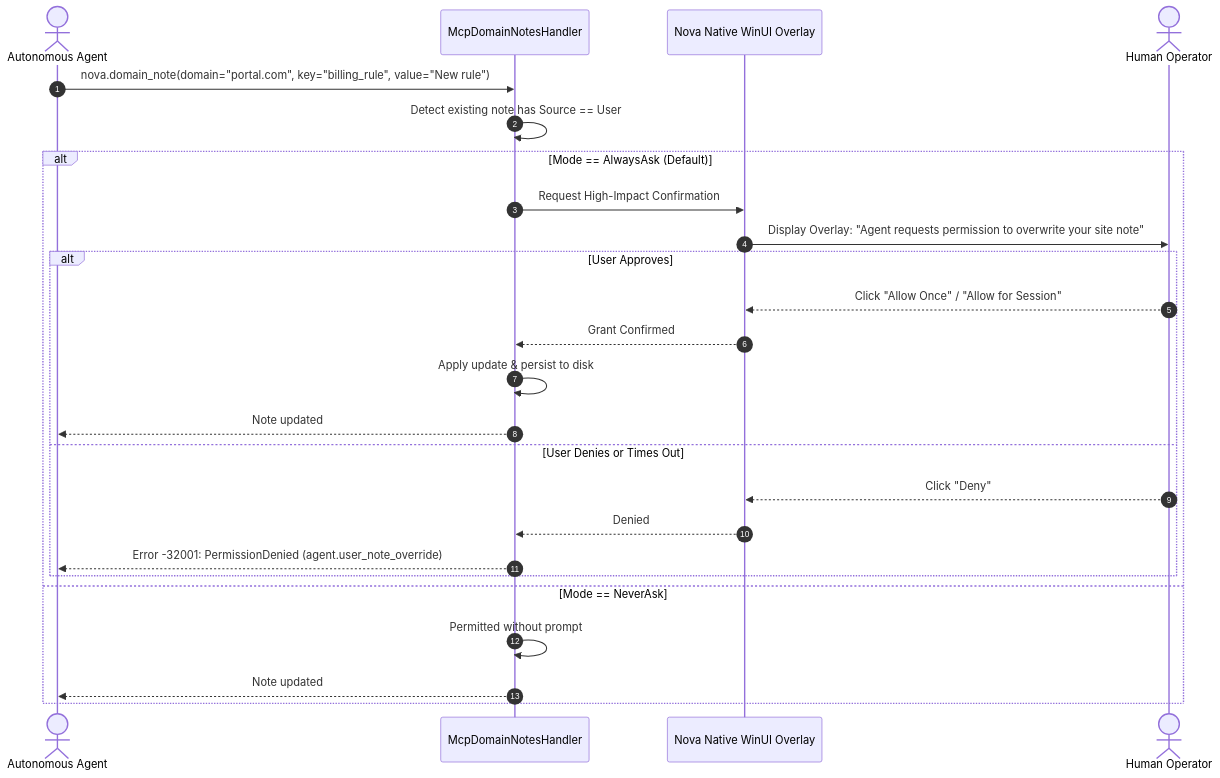
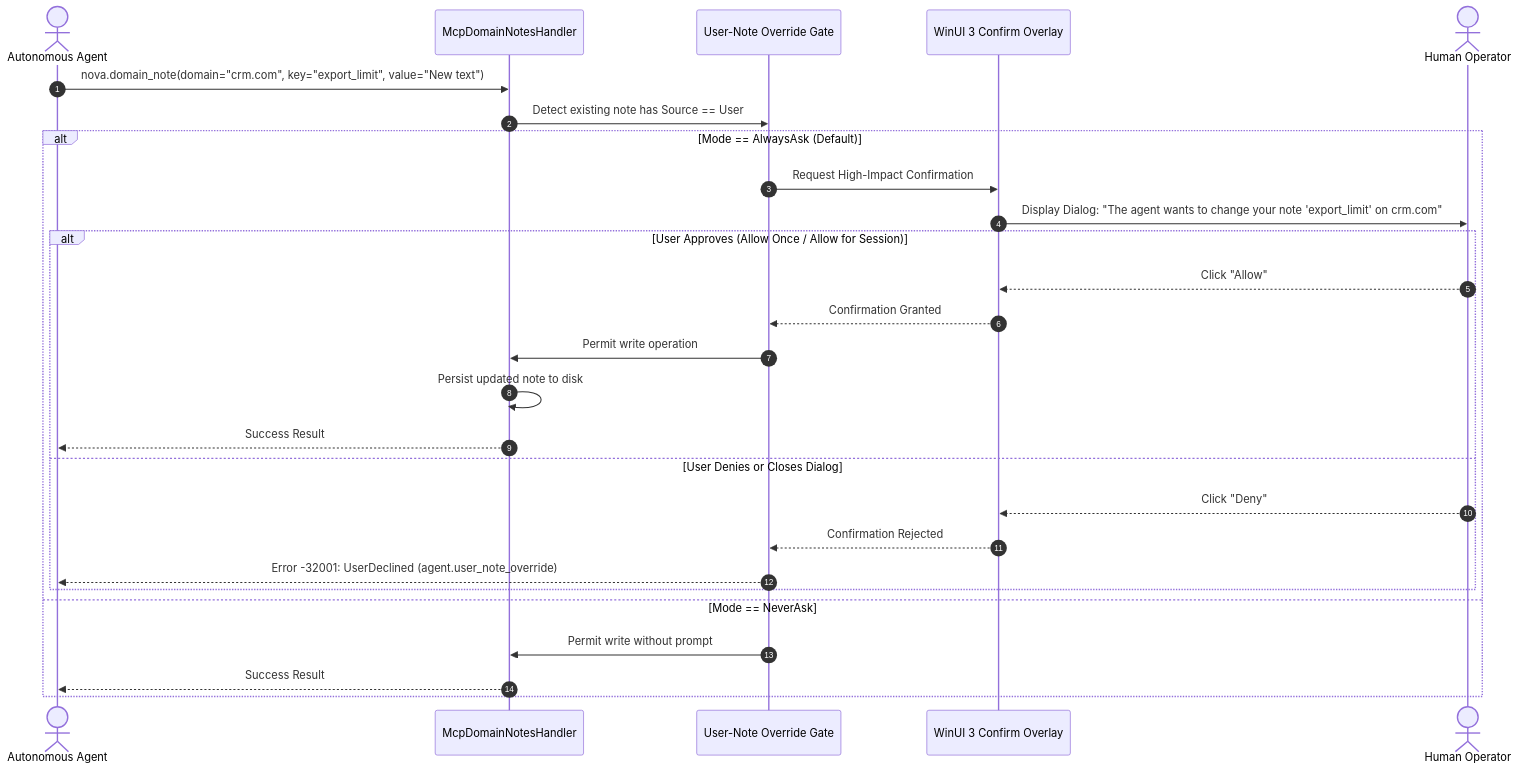
Before and after one commit to joelaniol/nova: the second of 5 diagrams in docs/core-features/learning/domain-notes/authorship-permissions-and-storage.md, drawn with Mermaid. The commit also changed other lines of this file and 3 other files, not shown here.

````diff
--- a/docs/core-features/learning/domain-notes/authorship-permissions-and-storage.md
+++ b/docs/core-features/learning/domain-notes/authorship-permissions-and-storage.md
@@ -35,29 +40,32 @@
 ```mermaid
 sequenceDiagram
     autonumber
     actor Agent as Autonomous Agent
     participant Handler as McpDomainNotesHandler
-    participant UI as Nova Native WinUI Overlay
+    participant Gate as User-Note Override Gate
+    participant Overlay as WinUI 3 Confirm Overlay
     actor User as Human Operator
 
-    Agent->>Handler: nova.domain_note(domain="portal.com", key="billing_rule", value="New rule")
-    Handler->>Handler: Detect existing note has Source == User
+    Agent->>Handler: nova.domain_note(domain="crm.com", key="export_limit", value="New text")
+    Handler->>Gate: Detect existing note has Source == User
     
     alt Mode == AlwaysAsk (Default)
-        Handler->>UI: Request High-Impact Confirmation
-        UI->>User: Display Overlay: "Agent requests permission to overwrite your site note"
-        alt User Approves
-            User-->>UI: Click "Allow Once" / "Allow for Session"
-            UI-->>Handler: Grant Confirmed
-            Handler->>Handler: Apply update & persist to disk
-            Handler-->>Agent: Note updated
-        else User Denies or Times Out
-            User-->>UI: Click "Deny"
-            UI-->>Handler: Denied
-            Handler-->>Agent: Error -32001: PermissionDenied (agent.user_note_override)
+        Gate->>Overlay: Request High-Impact Confirmation
+        Overlay->>User: Display Dialog: "The agent wants to change your note 'export_limit' on crm.com"
+        
+        alt User Approves (Allow Once / Allow for Session)
+            User-->>Overlay: Click "Allow"
+            Overlay-->>Gate: Confirmation Granted
+            Gate->>Handler: Permit write operation
+            Handler->>Handler: Persist updated note to disk
+            Handler-->>Agent: Success Result
+        else User Denies or Closes Dialog
+            User-->>Overlay: Click "Deny"
+            Overlay-->>Gate: Confirmation Rejected
+            Gate-->>Agent: Error -32001: UserDeclined (agent.user_note_override)
         end
     else Mode == NeverAsk
-        Handler->>Handler: Permitted without prompt
-        Handler-->>Agent: Note updated
+        Gate->>Handler: Permit write without prompt
+        Handler-->>Agent: Success Result
     end
 ```
````
